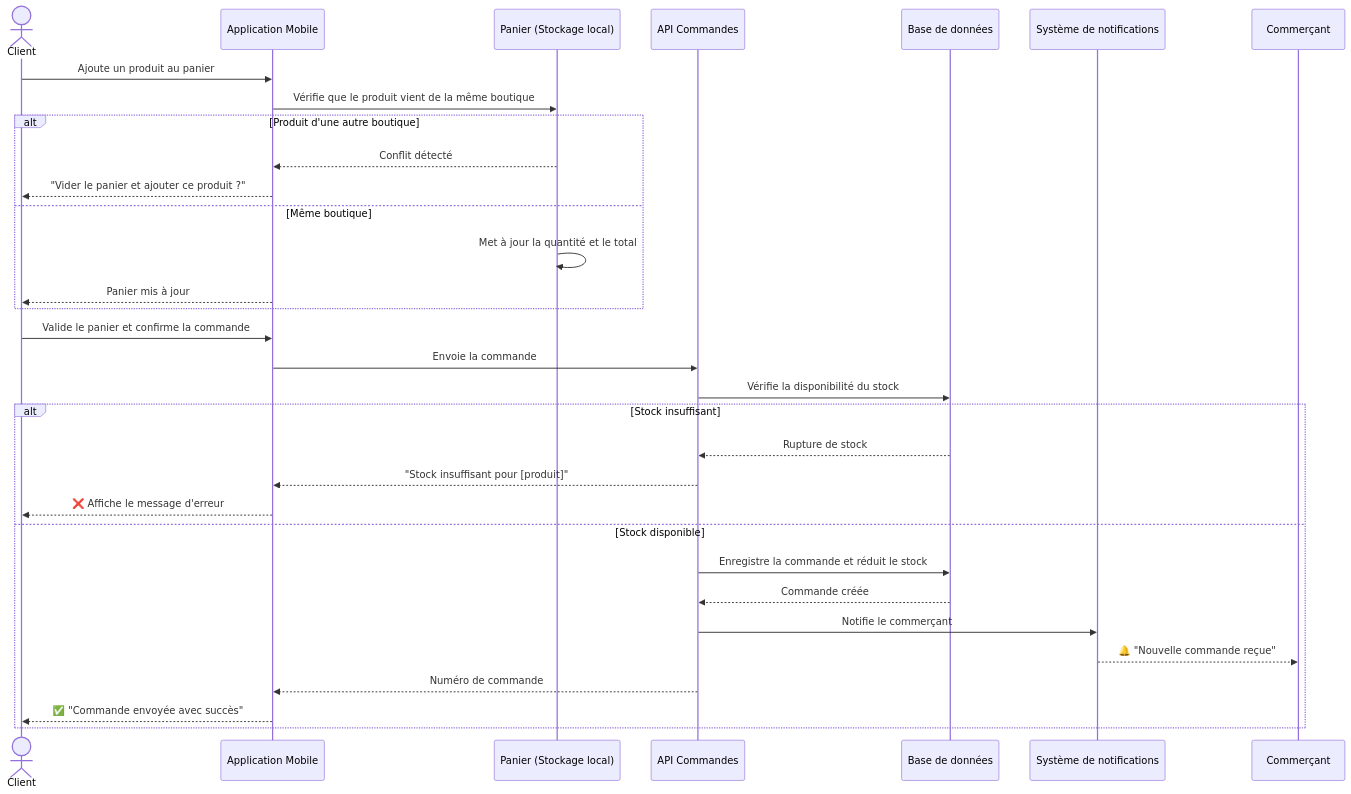
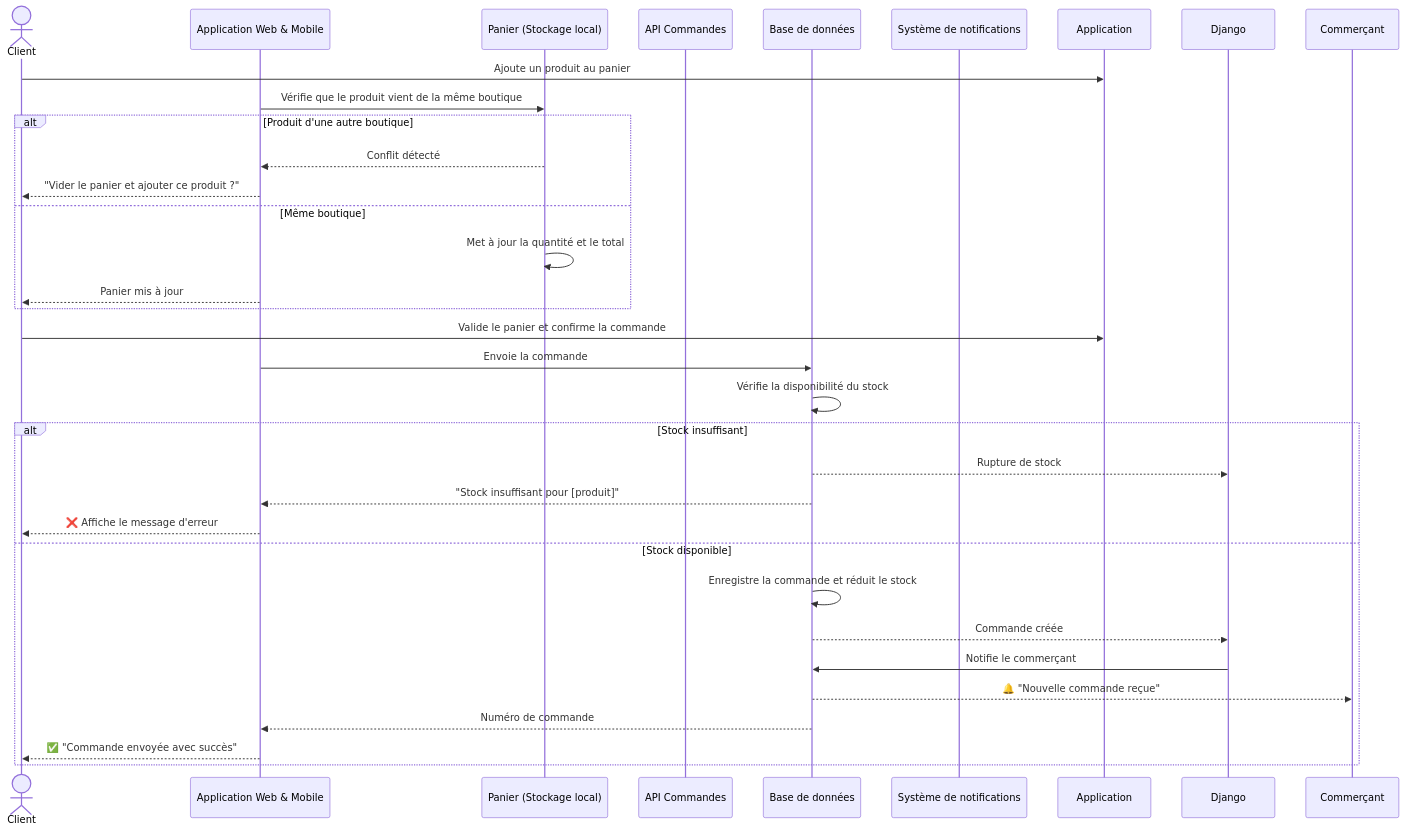
One commit to Abderrahmen1111/private-PFE-repos changed diagram 12 of 34 in SEQUENCE_DIAGRAMS_WORD_FORMAT_OPTIMIZED.md. Above: the diagram before and after it, drawn with Mermaid. The commit also changed other lines of this file and 2 other files, not shown here.

Commit message:
docs: adapt sequence diagrams to Web/Mobile apps and Django SaaS Admin

````diff
--- a/SEQUENCE_DIAGRAMS_WORD_FORMAT_OPTIMIZED.md
+++ b/SEQUENCE_DIAGRAMS_WORD_FORMAT_OPTIMIZED.md
@@ -373,35 +369,35 @@
 ```mermaid
 sequenceDiagram
     actor Client
-    participant Application as Application Mobile
+    participant App as Application Web & Mobile
     participant Panier as Panier (Stockage local)
     participant Serveur as API Commandes
     participant BD as Base de données
     participant Notif as Système de notifications
 
     Client->>Application: Ajoute un produit au panier
-    Application->>Panier: Vérifie que le produit vient de la même boutique
+    App->>Panier: Vérifie que le produit vient de la même boutique
     alt Produit d'une autre boutique
-        Panier-->>Application: Conflit détecté
-        Application-->>Client: "Vider le panier et ajouter ce produit ?"
+        Panier-->>App: Conflit détecté
+        App-->>Client: "Vider le panier et ajouter ce produit ?"
     else Même boutique
         Panier->>Panier: Met à jour la quantité et le total
-        Application-->>Client: Panier mis à jour
+        App-->>Client: Panier mis à jour
     end
 
     Client->>Application: Valide le panier et confirme la commande
-    Application->>Serveur: Envoie la commande
-    Serveur->>BD: Vérifie la disponibilité du stock
+    App->>BD: Envoie la commande
+    BD->>BD: Vérifie la disponibilité du stock
     alt Stock insuffisant
-        BD-->>Serveur: Rupture de stock
-        Serveur-->>Application: "Stock insuffisant pour [produit]"
-        Application-->>Client: ❌ Affiche le message d'erreur
+        BD-->>Django: Rupture de stock
+        BD-->>App: "Stock insuffisant pour [produit]"
+        App-->>Client: ❌ Affiche le message d'erreur
     else Stock disponible
-        Serveur->>BD: Enregistre la commande et réduit le stock
-        BD-->>Serveur: Commande créée
-        Serveur->>Notif: Notifie le commerçant
-        Notif-->>Commerçant: 🔔 "Nouvelle commande reçue"
-        Serveur-->>Application: Numéro de commande
-        Application-->>Client: ✅ "Commande envoyée avec succès"
+        BD->>BD: Enregistre la commande et réduit le stock
+        BD-->>Django: Commande créée
+        Django->>BD: Notifie le commerçant
+        BD-->>Commerçant: 🔔 "Nouvelle commande reçue"
+        BD-->>App: Numéro de commande
+        App-->>Client: ✅ "Commande envoyée avec succès"
     end
 ```
````
